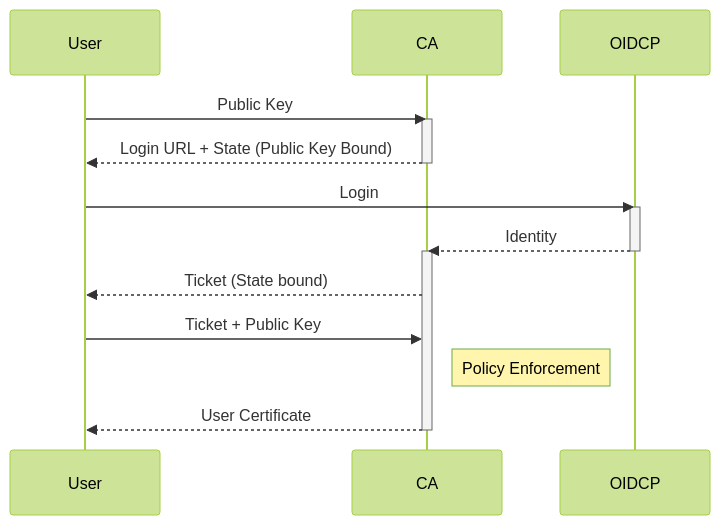
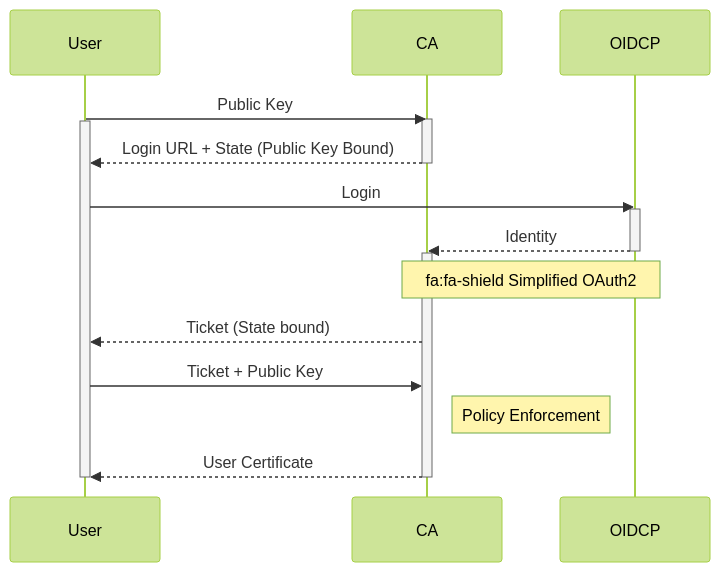
One commit to pgstenberg/pac-ssh-ca changed the second of 2 diagrams in README.md. Above: the diagram before and after it, drawn with Mermaid (forest theme). The commit also changed other lines of this file, not shown here.

Commit message:
more in README

````diff
--- a/README.md
+++ b/README.md
@@ -29,21 +31,24 @@
 ```mermaid
 sequenceDiagram
     participant User
     participant CA
     participant OIDCP
 
     User->>CA: Public Key
     activate CA
+    activate User
     CA-->>User: Login URL + State (Public Key Bound)
     deactivate CA
     User->>OIDCP: Login
     activate OIDCP
     OIDCP-->>CA: Identity
     deactivate OIDCP
     activate CA
+    Note over OIDCP,CA: fa:fa-shield Simplified OAuth2
     CA-->>User: Ticket (State bound)
     User->>CA: Ticket + Public Key
     Note right of CA: Policy Enforcement
     CA-->>User: User Certificate
     deactivate CA
+    deactivate User
 ```
````
